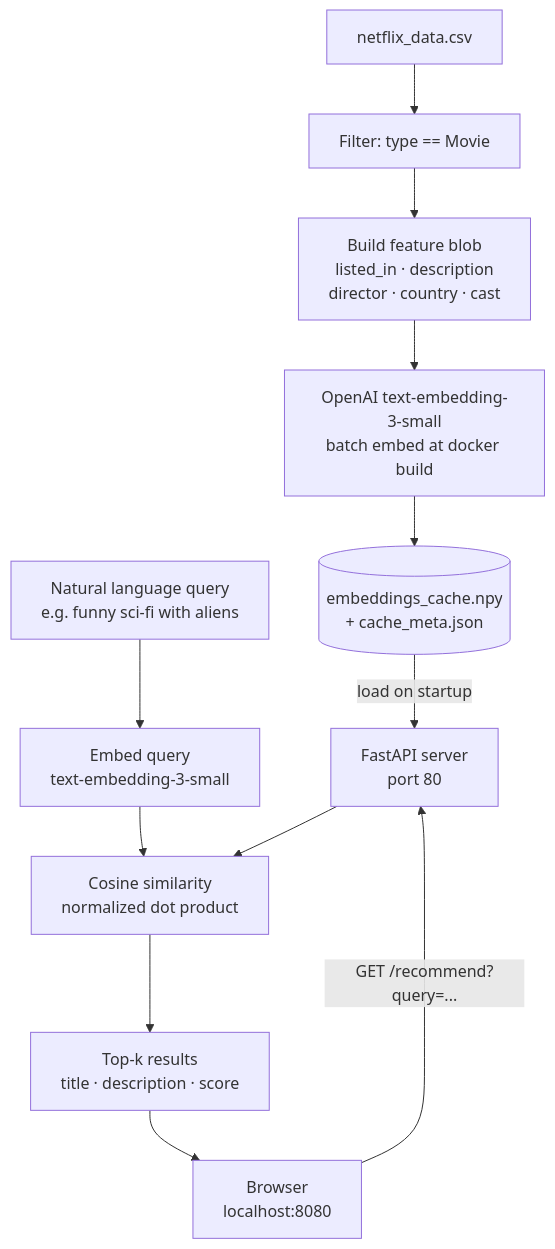
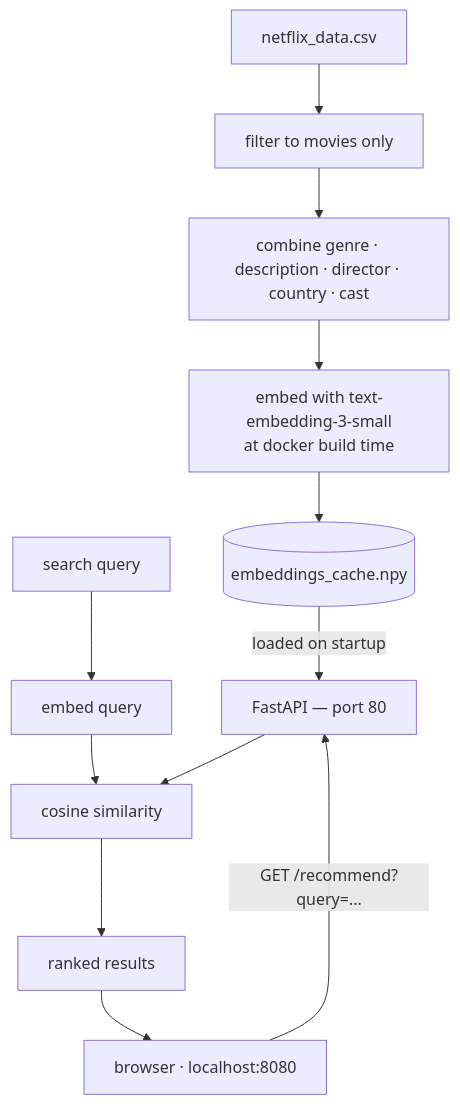
The diagram in README.md (tomwang777/movie-recommendation-system), drawn with Mermaid before and after one commit. The commit also changed other lines of this file and 2 other files, not shown here.

````diff
--- a/README.md
+++ b/README.md
@@ -9,21 +11,21 @@
 ```mermaid
 flowchart TD
     CSV["netflix_data.csv"]
-    FILTER["Filter: type == Movie"]
-    BLOB["Build feature blob\nlisted_in · description\ndirector · country · cast"]
-    EMBED_BUILD["OpenAI text-embedding-3-small\nbatch embed at docker build"]
-    CACHE[("embeddings_cache.npy\n+ cache_meta.json")]
-    SERVER["FastAPI server\nport 80"]
-    UI["Browser\nlocalhost:8080"]
-    QUERY["Natural language query\ne.g. funny sci-fi with aliens"]
-    EMBED_QUERY["Embed query\ntext-embedding-3-small"]
-    DOT["Cosine similarity\nnormalized dot product"]
-    RESULTS["Top-k results\ntitle · description · score"]
+    FILTER["filter to movies only"]
+    BLOB["combine genre · description · director · country · cast"]
+    EMBED_BUILD["embed with text-embedding-3-small\nat docker build time"]
+    CACHE[("embeddings_cache.npy")]
+    SERVER["FastAPI — port 80"]
+    UI["browser · localhost:8080"]
+    QUERY["search query"]
+    EMBED_QUERY["embed query"]
+    DOT["cosine similarity"]
+    RESULTS["ranked results"]
 
     CSV --> FILTER --> BLOB --> EMBED_BUILD --> CACHE
-    CACHE -->|load on startup| SERVER
+    CACHE -->|loaded on startup| SERVER
     UI -->|GET /recommend?query=...| SERVER
     QUERY --> EMBED_QUERY --> DOT
     SERVER --> DOT
     DOT --> RESULTS --> UI
 ```
````
